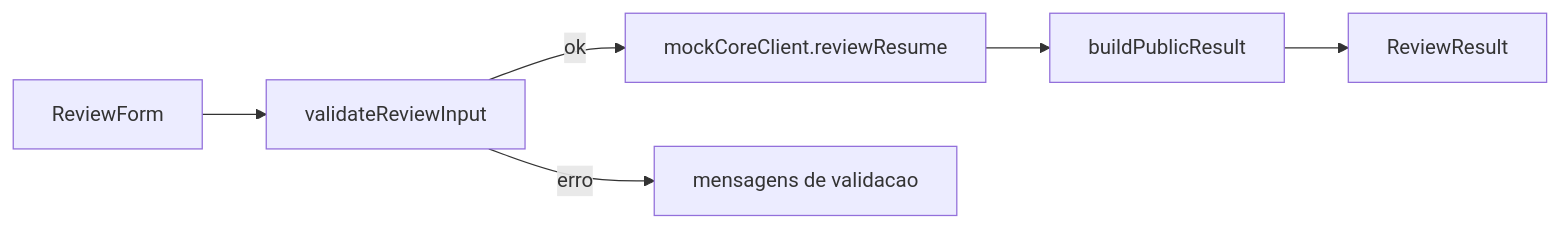
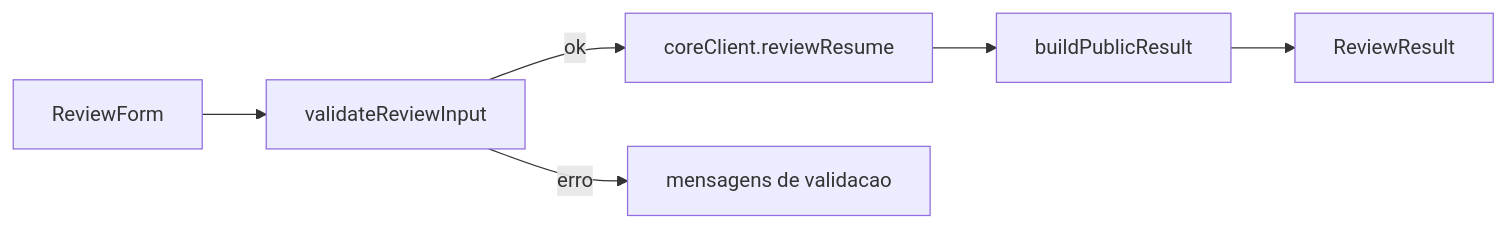
One commit to tduquedealvarenga/agente-carreira-ia changed the diagram in docs/arquitetura-v1.md. Above: the diagram before and after it, drawn with Mermaid. The commit also changed other lines of this file and 13 other files, not shown here.

````diff
--- a/docs/arquitetura-v1.md
+++ b/docs/arquitetura-v1.md
@@ -20,8 +20,8 @@
 ```mermaid
 flowchart LR
     A["ReviewForm"] --> B["validateReviewInput"]
-    B -->|ok| C["mockCoreClient.reviewResume"]
+    B -->|ok| C["coreClient.reviewResume"]
     C --> D["buildPublicResult"]
     D --> E["ReviewResult"]
     B -->|erro| F["mensagens de validacao"]
 ```
````
